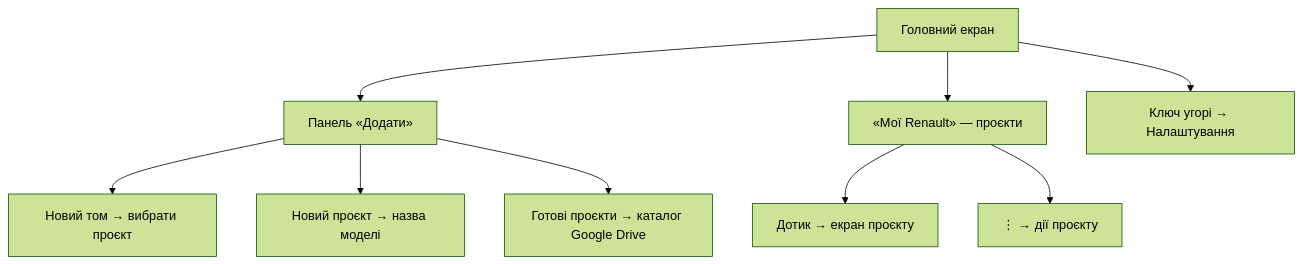
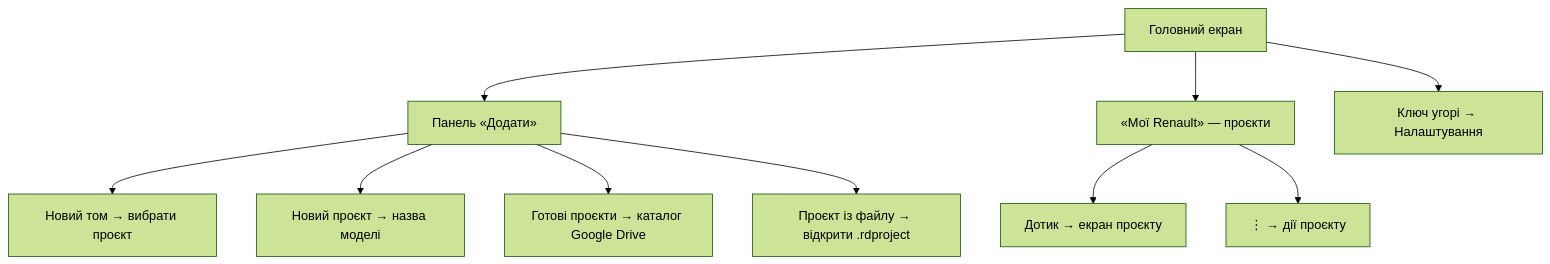
Before and after one commit to faric-ua/renault-docs-android: the second of 10 diagrams in docs/ua/USER_GUIDE.md, drawn with Mermaid (forest theme). The commit also changed other lines of this file and 26 other files, not shown here.

````diff
--- a/docs/ua/USER_GUIDE.md
+++ b/docs/ua/USER_GUIDE.md
@@ -47,11 +49,12 @@
 ```mermaid
 flowchart TD
     H["Головний екран"] --> ADD["Панель «Додати»"]
     H --> MY["«Мої Renault» — проєкти"]
     H --> SET["Ключ угорі → Налаштування"]
     ADD --> NV["Новий том → вибрати проєкт"]
     ADD --> NP["Новий проєкт → назва моделі"]
     ADD --> DR["Готові проєкти → каталог Google Drive"]
+    ADD --> PF["Проєкт із файлу → відкрити .rdproject"]
     MY --> OPEN["Дотик → екран проєкту"]
     MY --> MENU["⋮ → дії проєкту"]
 ```
````
